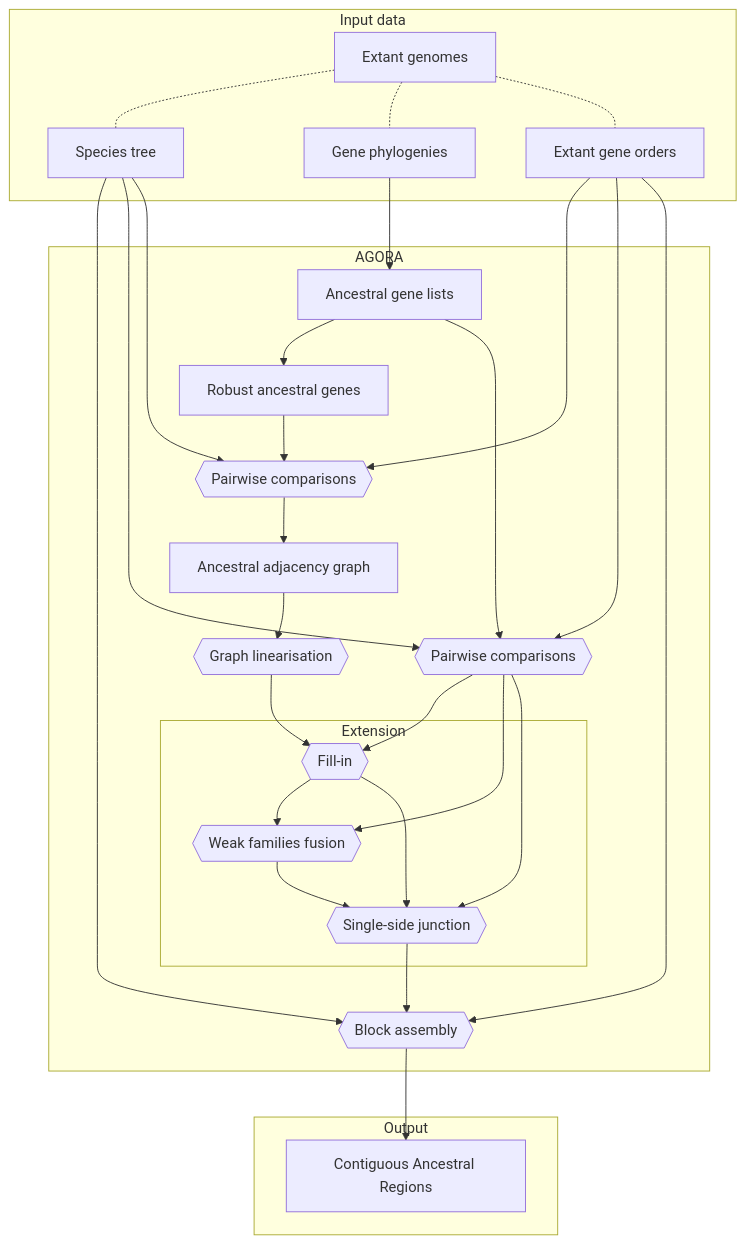
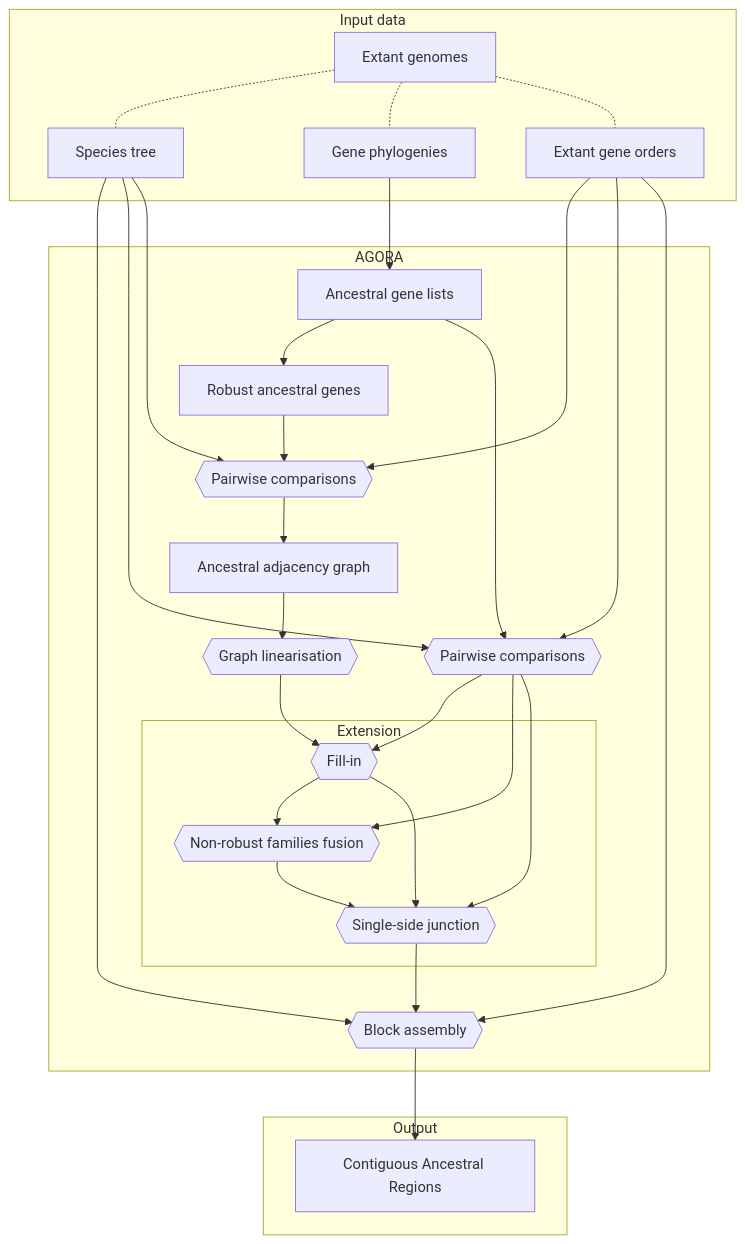
One commit to DyogenIBENS/Agora changed the diagram in doc/agora_robust2.mmd. Above: the diagram before and after it, drawn with Mermaid. The commit also changed 2 other files, not shown here.

Commit message:
Use non-robust instead of weak

```diff
--- a/doc/agora_robust2.mmd
+++ b/doc/agora_robust2.mmd
@@ -1,31 +1,31 @@
 graph TD
   subgraph Input data
     A[Extant genomes]
     B[Species tree]
     C[Gene phylogenies]
     D[Extant gene orders]
   end
   subgraph AGORA
     E[Ancestral gene lists]
     EE[Robust ancestral genes]
     F{{Pairwise comparisons}}
     FF{{Pairwise comparisons}}
     G[Ancestral adjacency graph]
     H{{Graph linearisation}}
     subgraph Extension
       L{{Fill-in}}
-      M{{Weak families fusion}}
+      M{{Non-robust families fusion}}
       N{{Single-side junction}}
     end
     J{{Block assembly}}
   end
   subgraph Output
     K[Contiguous Ancestral Regions]
   end
   A -.- B & C & D
   C --> E
   B --> J & F & FF
   D --> FF & F & J
   E --> EE --> FF --> G --> H --> L --> M --> N --> J --> K
   L --> N
   E --> F --> L & M & N
```
